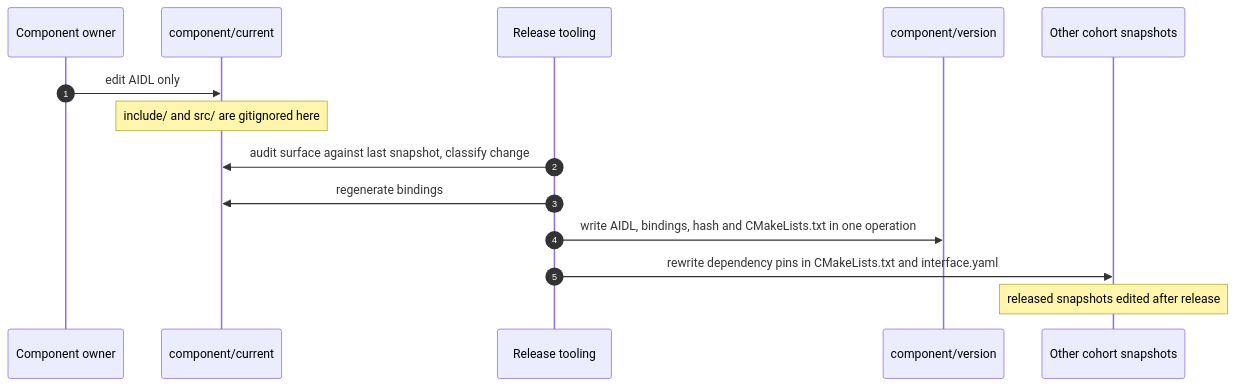
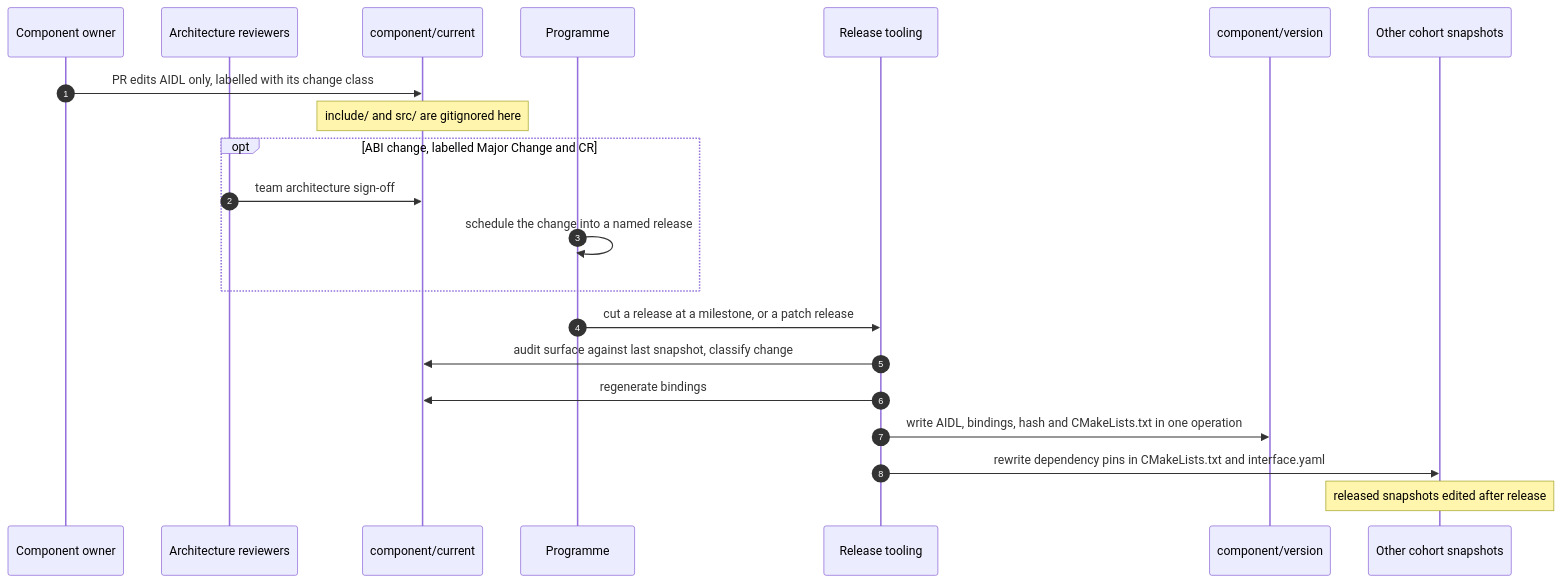
The third of 3 diagrams in docs/architecture/hla-released-snapshot-contents.md (rdkcentral/rdk-halif-aidl), drawn with Mermaid before and after one commit. The commit also changed other lines of this file, not shown here.

Commit message:
docs(architecture): add the programme's release-control and CR requirements (#797)
The Versioning SOP requires that a snapshot is created only when the
programme cuts a release, and that an ABI change goes through the change
request process: team architecture sign-off and deliberate scheduling.
The HLA carried neither. Both are now requirements traced to the SOP,
and the freeze sequence shows the CR path and the release cut.

````diff
--- a/docs/architecture/hla-released-snapshot-contents.md
+++ b/docs/architecture/hla-released-snapshot-contents.md
@@ -194,17 +198,24 @@
 ```mermaid
 sequenceDiagram
     autonumber
     participant Dev as Component owner
+    participant Arch as Architecture reviewers
     participant Cur as component/current
+    participant Prog as Programme
     participant Rel as Release tooling
     participant Snap as component/version
     participant Other as Other cohort snapshots
 
-    Dev->>Cur: edit AIDL only
+    Dev->>Cur: PR edits AIDL only, labelled with its change class
     Note over Cur: include/ and src/ are gitignored here
+    opt ABI change, labelled Major Change and CR
+        Arch->>Cur: team architecture sign-off
+        Prog->>Prog: schedule the change into a named release
+    end
+    Prog->>Rel: cut a release at a milestone, or a patch release
     Rel->>Cur: audit surface against last snapshot, classify change
     Rel->>Cur: regenerate bindings
     Rel->>Snap: write AIDL, bindings, hash and CMakeLists.txt in one operation
     Rel->>Other: rewrite dependency pins in CMakeLists.txt and interface.yaml
     Note over Other: released snapshots edited after release
 ```
````
